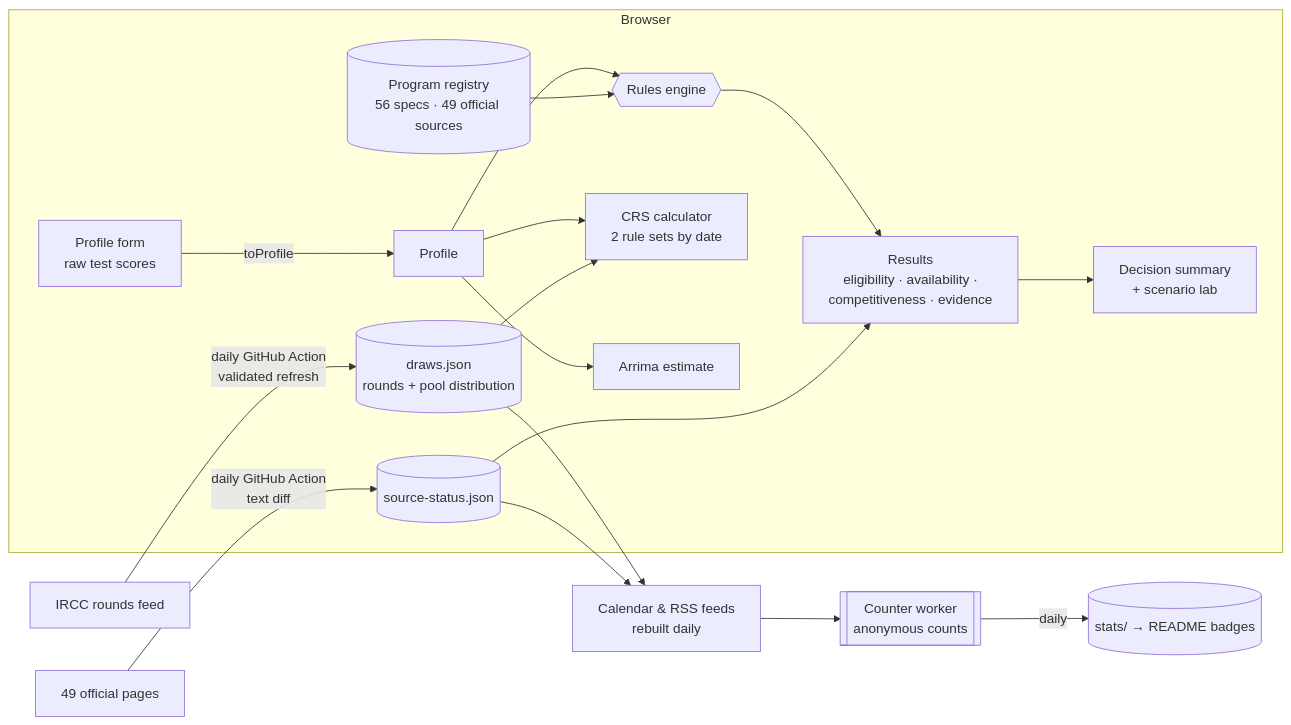
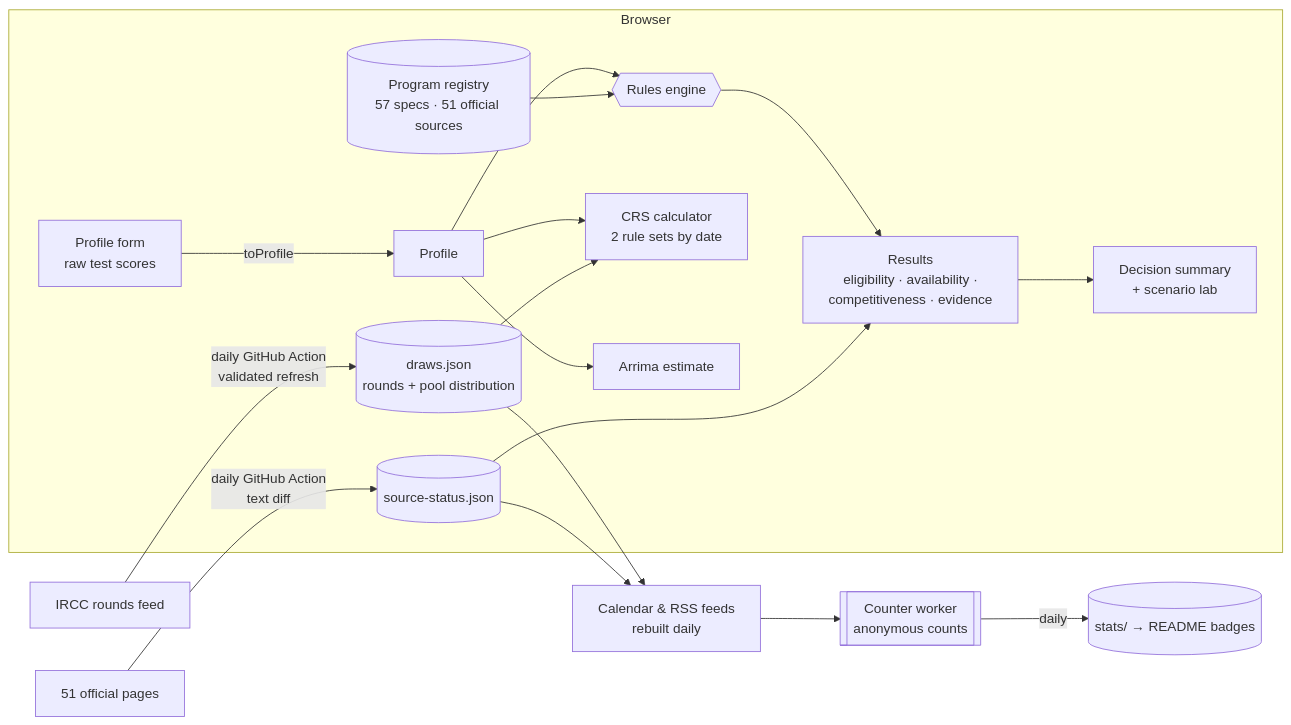
Before and after one commit to EllenSyuu/IMMCA: the diagram in README.md, drawn with Mermaid. The commit also changed other lines of this file and 29 other files, not shown here.

````diff
--- a/README.md
+++ b/README.md
@@ -104,20 +104,20 @@
 ```mermaid
 flowchart LR
   subgraph Browser
     F[Profile form<br/>raw test scores] -->|toProfile| P[Profile]
     P --> E{{Rules engine}}
-    R[(Program registry<br/>56 specs · 49 official sources)] --> E
+    R[(Program registry<br/>57 specs · 51 official sources)] --> E
     E --> V[Results<br/>eligibility · availability ·<br/>competitiveness · evidence]
     V --> S[Decision summary<br/>+ scenario lab]
     M[(source-status.json)] --> V
     P --> C[CRS calculator<br/>2 rule sets by date]
     P --> A[Arrima estimate]
     D[(draws.json<br/>rounds + pool distribution)] --> C
   end
   I[IRCC rounds feed] -->|daily GitHub Action<br/>validated refresh| D
-  G[49 official pages] -->|daily GitHub Action<br/>text diff| M
+  G[51 official pages] -->|daily GitHub Action<br/>text diff| M
   D --> FE[Calendar & RSS feeds<br/>rebuilt daily]
   M --> FE
   FE --> CW[[Counter worker<br/>anonymous counts]]
   CW -->|daily| ST[(stats/ → README badges)]
 ```
````
